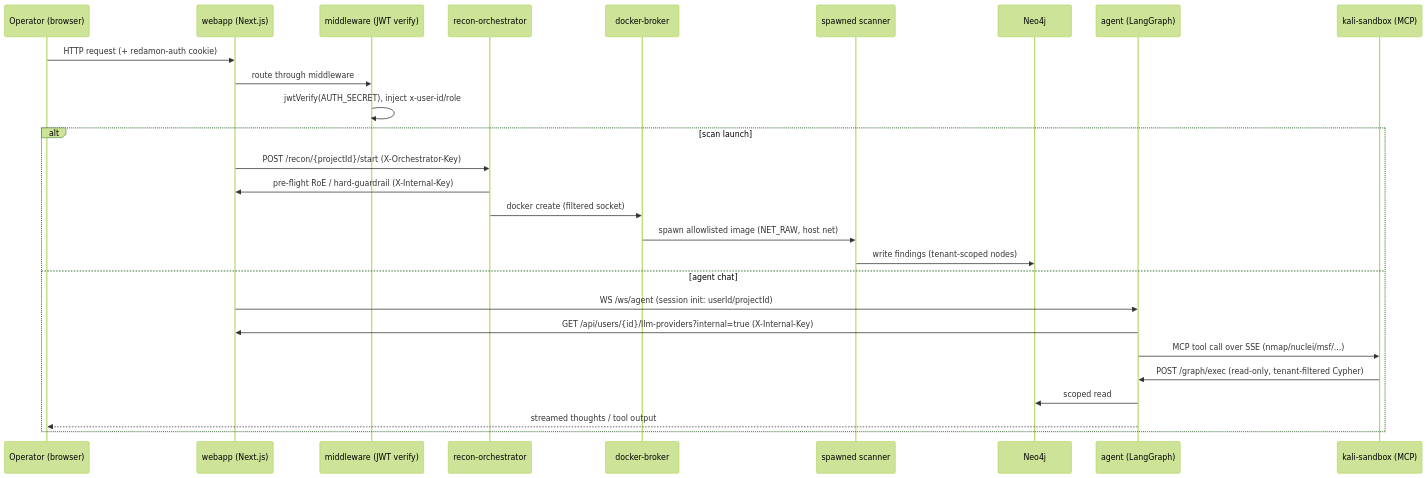
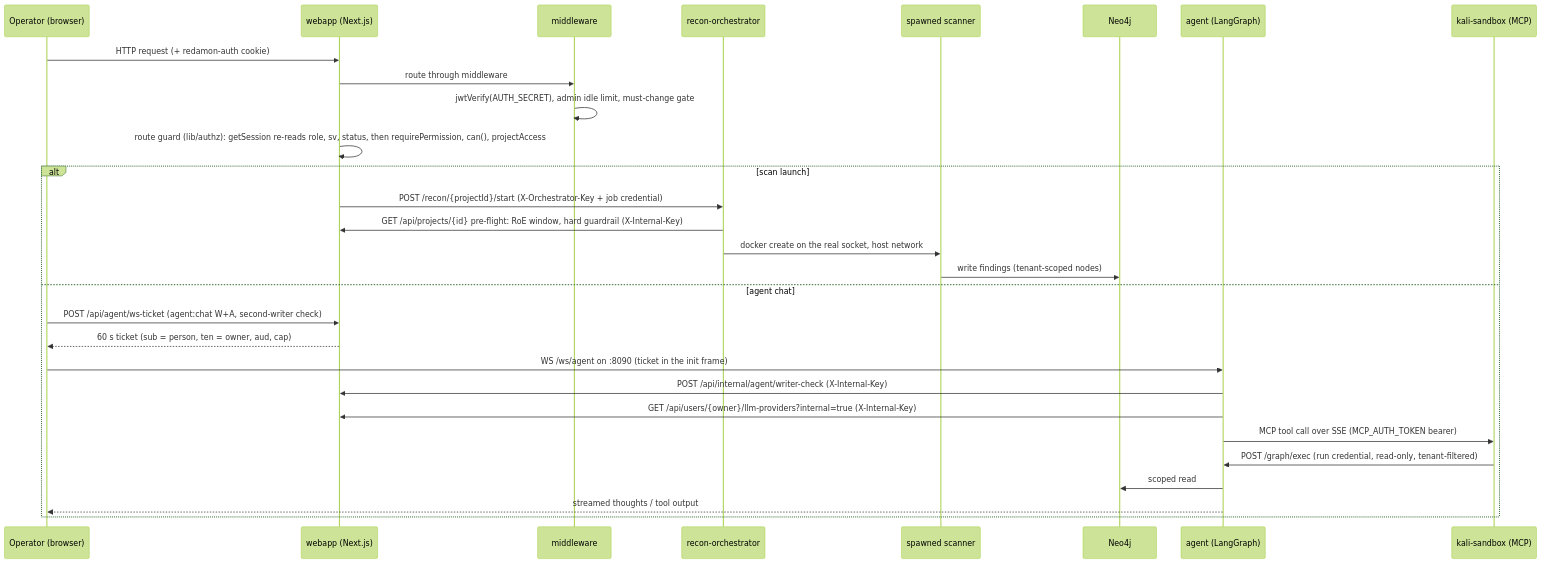
Before and after one commit to samugit83/redamon: the second of 4 diagrams in docs/readmes/README.TM.SYSTEM_OVERVIEW.md, drawn with Mermaid (forest theme). The commit also changed other lines of this file, not shown here.

First line of the commit message:
docs(threat-model): the system overview covers accounts and sharing, and the features that read untrusted content

````diff
--- a/docs/readmes/README.TM.SYSTEM_OVERVIEW.md
+++ b/docs/readmes/README.TM.SYSTEM_OVERVIEW.md
@@ -196,30 +277,32 @@
 ```mermaid
 sequenceDiagram
     participant U as Operator (browser)
     participant W as webapp (Next.js)
-    participant MW as middleware (JWT verify)
+    participant MW as middleware
     participant O as recon-orchestrator
-    participant B as docker-broker
     participant S as spawned scanner
     participant N as Neo4j
     participant A as agent (LangGraph)
     participant K as kali-sandbox (MCP)
 
     U->>W: HTTP request (+ redamon-auth cookie)
     W->>MW: route through middleware
-    MW->>MW: jwtVerify(AUTH_SECRET), inject x-user-id/role
+    MW->>MW: jwtVerify(AUTH_SECRET), admin idle limit, must-change gate
+    W->>W: route guard (lib/authz): getSession re-reads role, sv, status, then requirePermission, can(), projectAccess
     alt scan launch
-        W->>O: POST /recon/{projectId}/start (X-Orchestrator-Key)
-        O->>W: pre-flight RoE / hard-guardrail (X-Internal-Key)
-        O->>B: docker create (filtered socket)
-        B->>S: spawn allowlisted image (NET_RAW, host net)
+        W->>O: POST /recon/{projectId}/start (X-Orchestrator-Key + job credential)
+        O->>W: GET /api/projects/{id} pre-flight: RoE window, hard guardrail (X-Internal-Key)
+        O->>S: docker create on the real socket, host network
         S->>N: write findings (tenant-scoped nodes)
     else agent chat
-        W->>A: WS /ws/agent (session init: userId/projectId)
-        A->>W: GET /api/users/{id}/llm-providers?internal=true (X-Internal-Key)
-        A->>K: MCP tool call over SSE (nmap/nuclei/msf/...)
-        K->>A: POST /graph/exec (read-only, tenant-filtered Cypher)
+        U->>W: POST /api/agent/ws-ticket (agent:chat W+A, second-writer check)
+        W-->>U: 60 s ticket (sub = person, ten = owner, aud, cap)
+        U->>A: WS /ws/agent on :8090 (ticket in the init frame)
+        A->>W: POST /api/internal/agent/writer-check (X-Internal-Key)
+        A->>W: GET /api/users/{owner}/llm-providers?internal=true (X-Internal-Key)
+        A->>K: MCP tool call over SSE (MCP_AUTH_TOKEN bearer)
+        K->>A: POST /graph/exec (run credential, read-only, tenant-filtered)
         A->>N: scoped read
         A-->>U: streamed thoughts / tool output
     end
 ```
````
